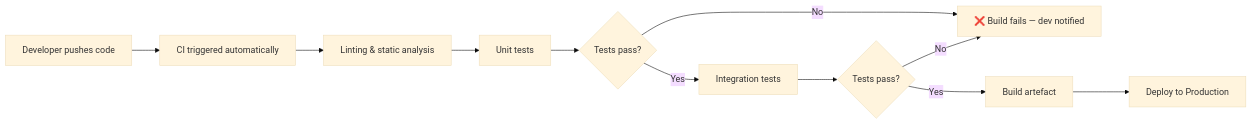
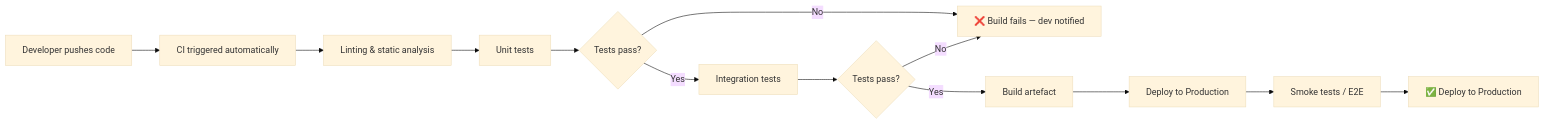
One commit to AntoninMiranda/Handbook changed the diagram in ci-cd.md. Above: the diagram before and after it, drawn with Mermaid (base theme). The commit also changed other lines of this file, not shown here.

Commit message:
feat(ci-cd): complete missing level of flow chart

````diff
--- a/ci-cd.md
+++ b/ci-cd.md
@@ -20,13 +20,15 @@
 ```mermaid
 flowchart LR
     A[Developer pushes code] --> B[CI triggered automatically]
     B --> C[Linting & static analysis]
     C --> D[Unit tests]
     D --> E{Tests pass?}
     E -- No --> F[❌ Build fails — dev notified]
     E -- Yes --> G[Integration tests]
     G --> H{Tests pass?}
     H -- No --> F
     H -- Yes --> I[Build artefact]
     I --> J[Deploy to Production]
+    J --> K[Smoke tests / E2E]
+    K --> L[✅ Deploy to Production]
 ```
````
